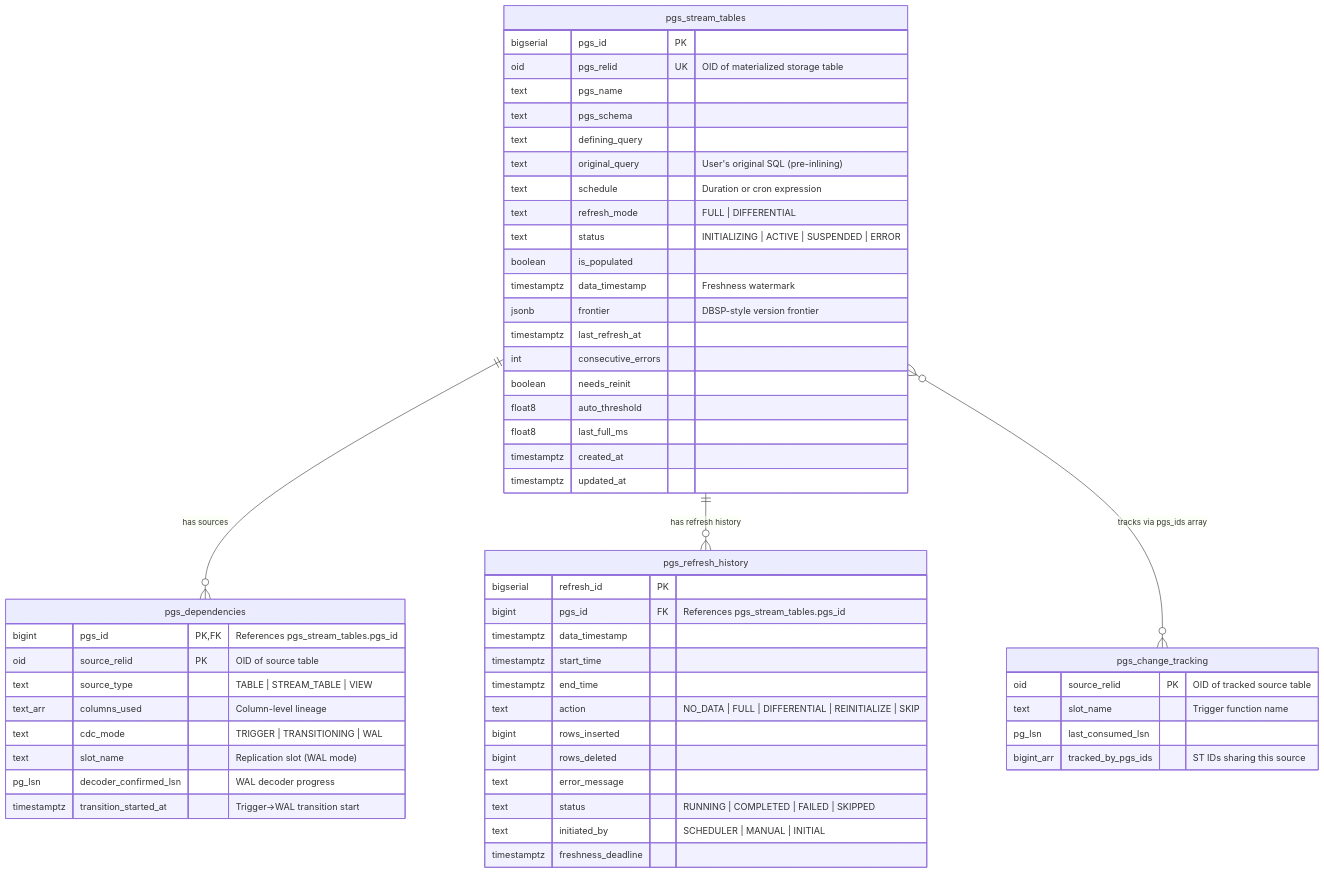
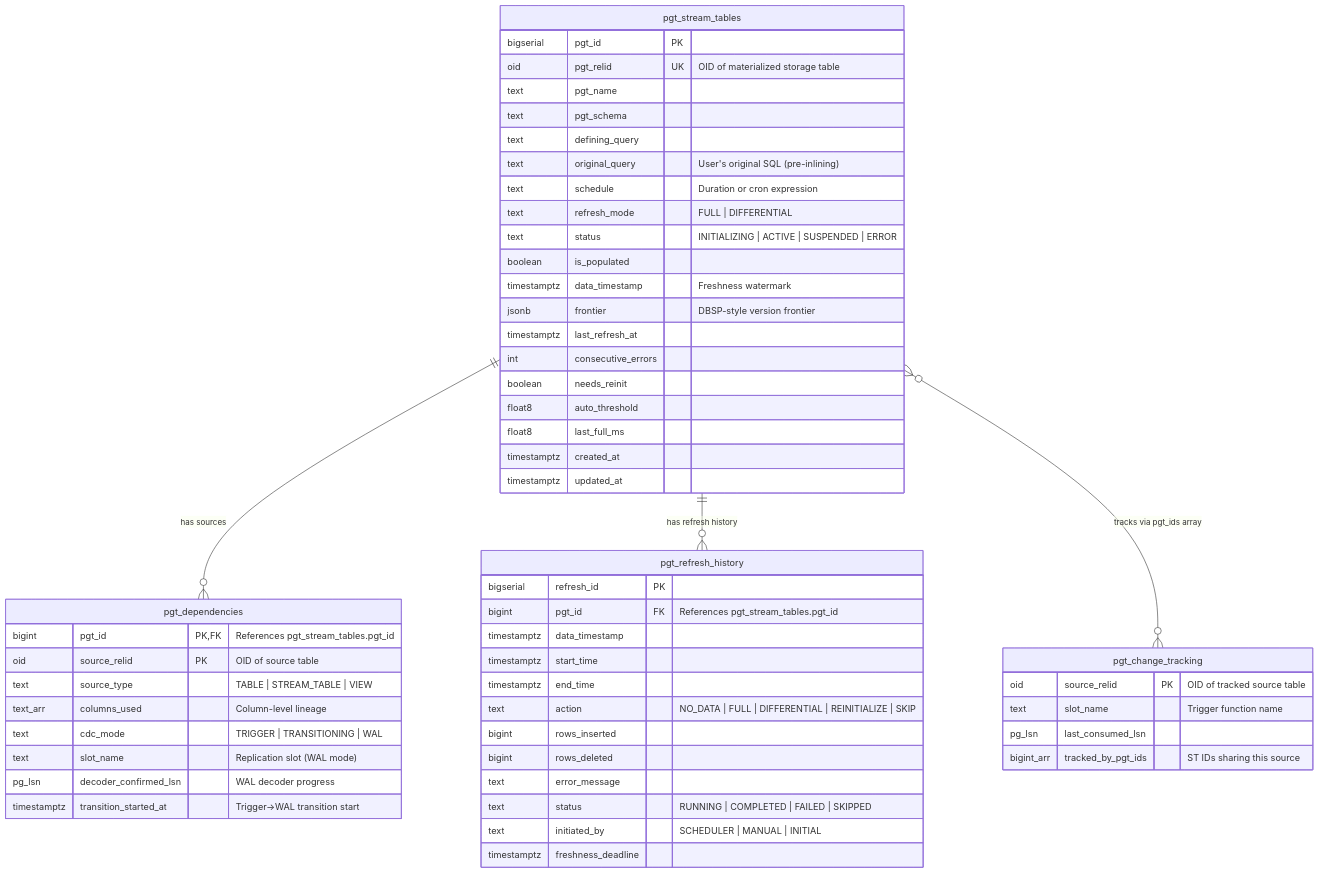
Before and after one commit to grove/pg-stream: the diagram in docs/ARCHITECTURE.md, drawn with Mermaid. The commit also changed other lines of this file and 201 other files, not shown here.

````diff
--- a/docs/ARCHITECTURE.md
+++ b/docs/ARCHITECTURE.md
@@ -83,61 +83,61 @@
 ```mermaid
 erDiagram
-    pgs_stream_tables {
-        bigserial pgs_id PK
-        oid pgs_relid UK "OID of materialized storage table"
-        text pgs_name
-        text pgs_schema
+    pgt_stream_tables {
+        bigserial pgt_id PK
+        oid pgt_relid UK "OID of materialized storage table"
+        text pgt_name
+        text pgt_schema
         text defining_query
         text original_query "User's original SQL (pre-inlining)"
         text schedule "Duration or cron expression"
         text refresh_mode "FULL | DIFFERENTIAL"
         text status "INITIALIZING | ACTIVE | SUSPENDED | ERROR"
         boolean is_populated
         timestamptz data_timestamp "Freshness watermark"
         jsonb frontier "DBSP-style version frontier"
         timestamptz last_refresh_at
         int consecutive_errors
         boolean needs_reinit
         float8 auto_threshold
         float8 last_full_ms
         timestamptz created_at
         timestamptz updated_at
     }
 
-    pgs_dependencies {
-        bigint pgs_id PK,FK "References pgs_stream_tables.pgs_id"
+    pgt_dependencies {
+        bigint pgt_id PK,FK "References pgt_stream_tables.pgt_id"
         oid source_relid PK "OID of source table"
         text source_type "TABLE | STREAM_TABLE | VIEW"
         text_arr columns_used "Column-level lineage"
         text cdc_mode "TRIGGER | TRANSITIONING | WAL"
         text slot_name "Replication slot (WAL mode)"
         pg_lsn decoder_confirmed_lsn "WAL decoder progress"
         timestamptz transition_started_at "Trigger→WAL transition start"
     }
 
-    pgs_refresh_history {
+    pgt_refresh_history {
         bigserial refresh_id PK
-        bigint pgs_id FK "References pgs_stream_tables.pgs_id"
+        bigint pgt_id FK "References pgt_stream_tables.pgt_id"
         timestamptz data_timestamp
         timestamptz start_time
         timestamptz end_time
         text action "NO_DATA | FULL | DIFFERENTIAL | REINITIALIZE | SKIP"
         bigint rows_inserted
         bigint rows_deleted
         text error_message
         text status "RUNNING | COMPLETED | FAILED | SKIPPED"
         text initiated_by "SCHEDULER | MANUAL | INITIAL"
         timestamptz freshness_deadline
     }
 
-    pgs_change_tracking {
+    pgt_change_tracking {
         oid source_relid PK "OID of tracked source table"
         text slot_name "Trigger function name"
         pg_lsn last_consumed_lsn
-        bigint_arr tracked_by_pgs_ids "ST IDs sharing this source"
+        bigint_arr tracked_by_pgt_ids "ST IDs sharing this source"
     }
 
-    pgs_stream_tables ||--o{ pgs_dependencies : "has sources"
-    pgs_stream_tables ||--o{ pgs_refresh_history : "has refresh history"
-    pgs_stream_tables }o--o{ pgs_change_tracking : "tracks via pgs_ids array"
+    pgt_stream_tables ||--o{ pgt_dependencies : "has sources"
+    pgt_stream_tables ||--o{ pgt_refresh_history : "has refresh history"
+    pgt_stream_tables }o--o{ pgt_change_tracking : "tracks via pgt_ids array"
 ```
````
